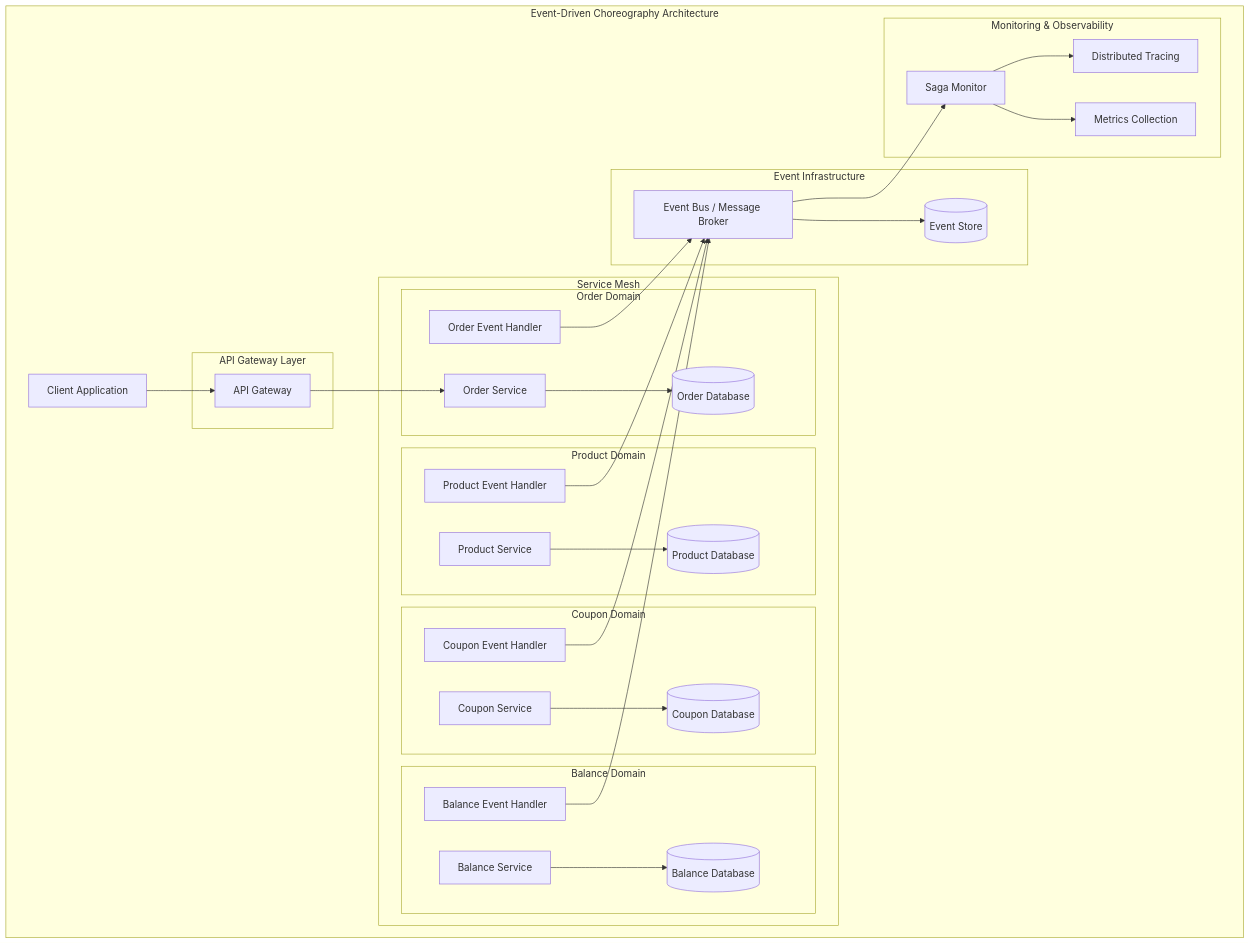
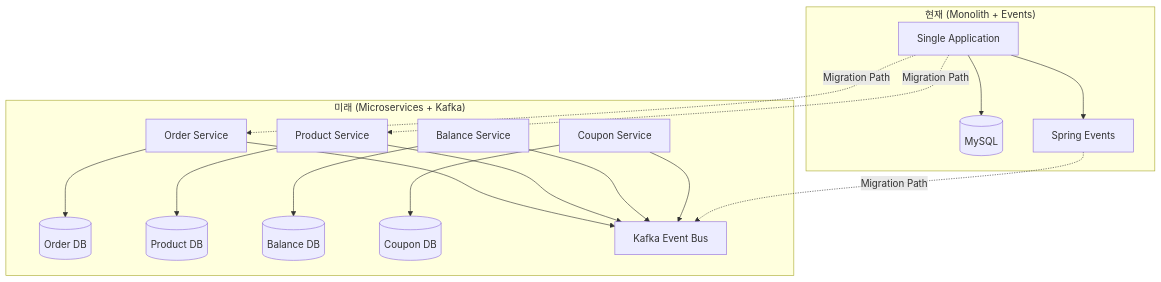
Before and after one commit to yuni02/hhplus-ecommerce: the fifth of 8 diagrams in docs/DISTRIBUTED_TRANSACTION_DESIGN.md, drawn with Mermaid. The commit also changed other lines of this file, not shown here.

````diff
--- a/docs/DISTRIBUTED_TRANSACTION_DESIGN.md
+++ b/docs/DISTRIBUTED_TRANSACTION_DESIGN.md
@@ -142,68 +186,39 @@
 ```mermaid
 graph TB
-    subgraph "Event-Driven Choreography Architecture"
-        CLIENT[Client Application]
+    subgraph "현재 (Monolith + Events)"
+        CURRENT_APP[Single Application]
+        CURRENT_DB[(MySQL)]
+        SPRING_EVENTS[Spring Events]
         
-        subgraph "API Gateway Layer"
-            GATEWAY[API Gateway]
-        end
-        
-        subgraph "Service Mesh"
-            subgraph "Order Domain"
-                ORDER_SVC[Order Service]
-                ORDER_HANDLER[Order Event Handler]
-                ORDER_DB[(Order Database)]
-            end
-            
-            subgraph "Product Domain"
-                PRODUCT_SVC[Product Service]
-                PRODUCT_HANDLER[Product Event Handler]
-                PRODUCT_DB[(Product Database)]
-            end
-            
-            subgraph "Coupon Domain"
-                COUPON_SVC[Coupon Service]
-                COUPON_HANDLER[Coupon Event Handler]
-                COUPON_DB[(Coupon Database)]
-            end
-            
-            subgraph "Balance Domain"
-                BALANCE_SVC[Balance Service]
-                BALANCE_HANDLER[Balance Event Handler]
-                BALANCE_DB[(Balance Database)]
-            end
-        end
-        
-        subgraph "Event Infrastructure"
-            EVENT_BUS[Event Bus / Message Broker]
-            EVENT_STORE[(Event Store)]
-        end
-        
-        subgraph "Monitoring & Observability"
-            SAGA_MONITOR[Saga Monitor]
-            TRACING[Distributed Tracing]
-            METRICS[Metrics Collection]
-        end
+        CURRENT_APP --> CURRENT_DB
+        CURRENT_APP --> SPRING_EVENTS
     end
     
-    CLIENT --> GATEWAY
-    GATEWAY --> ORDER_SVC
+    subgraph "미래 (Microservices + Kafka)"
+        ORDER_MS[Order Service]
+        PRODUCT_MS[Product Service]
+        BALANCE_MS[Balance Service]
+        COUPON_MS[Coupon Service]
+        
+        ORDER_DB[(Order DB)]
+        PRODUCT_DB[(Product DB)]
+        BALANCE_DB[(Balance DB)]
+        COUPON_DB[(Coupon DB)]
+        
+        KAFKA[Kafka Event Bus]
+        
+        ORDER_MS --> ORDER_DB
+        PRODUCT_MS --> PRODUCT_DB
+        BALANCE_MS --> BALANCE_DB
+        COUPON_MS --> COUPON_DB
+        
+        ORDER_MS --> KAFKA
+        PRODUCT_MS --> KAFKA
+        BALANCE_MS --> KAFKA
+        COUPON_MS --> KAFKA
+    end
     
-    ORDER_SVC --> ORDER_DB
-    ORDER_HANDLER --> EVENT_BUS
-    
-    PRODUCT_SVC --> PRODUCT_DB
-    PRODUCT_HANDLER --> EVENT_BUS
-    
-    COUPON_SVC --> COUPON_DB
-    COUPON_HANDLER --> EVENT_BUS
-    
-    BALANCE_SVC --> BALANCE_DB
-    BALANCE_HANDLER --> EVENT_BUS
-    
-    EVENT_BUS --> EVENT_STORE
-    EVENT_BUS --> SAGA_MONITOR
-    
-    SAGA_MONITOR --> TRACING
-    SAGA_MONITOR --> METRICS
+    CURRENT_APP -.->|Migration Path| ORDER_MS
+    CURRENT_APP -.->|Migration Path| PRODUCT_MS
+    SPRING_EVENTS -.->|Migration Path| KAFKA
 ```
````
